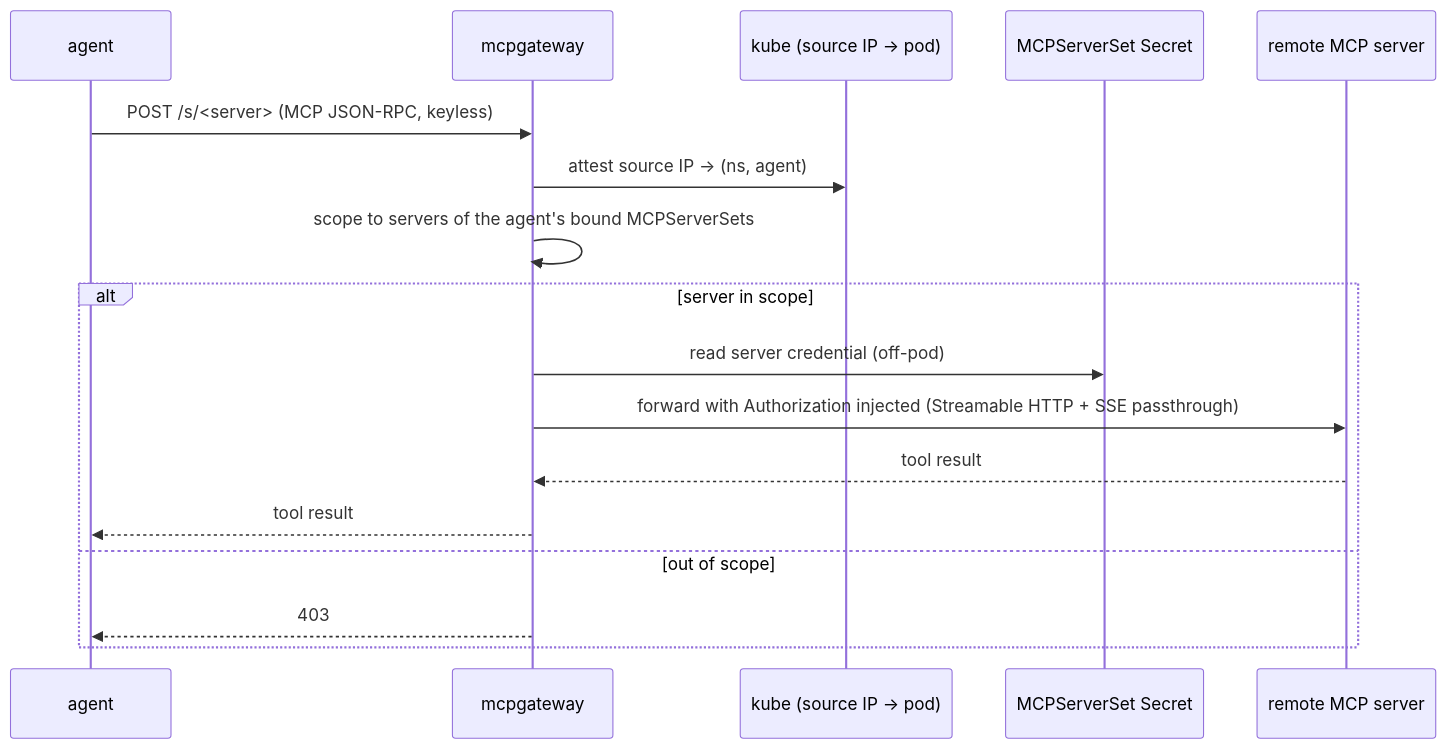
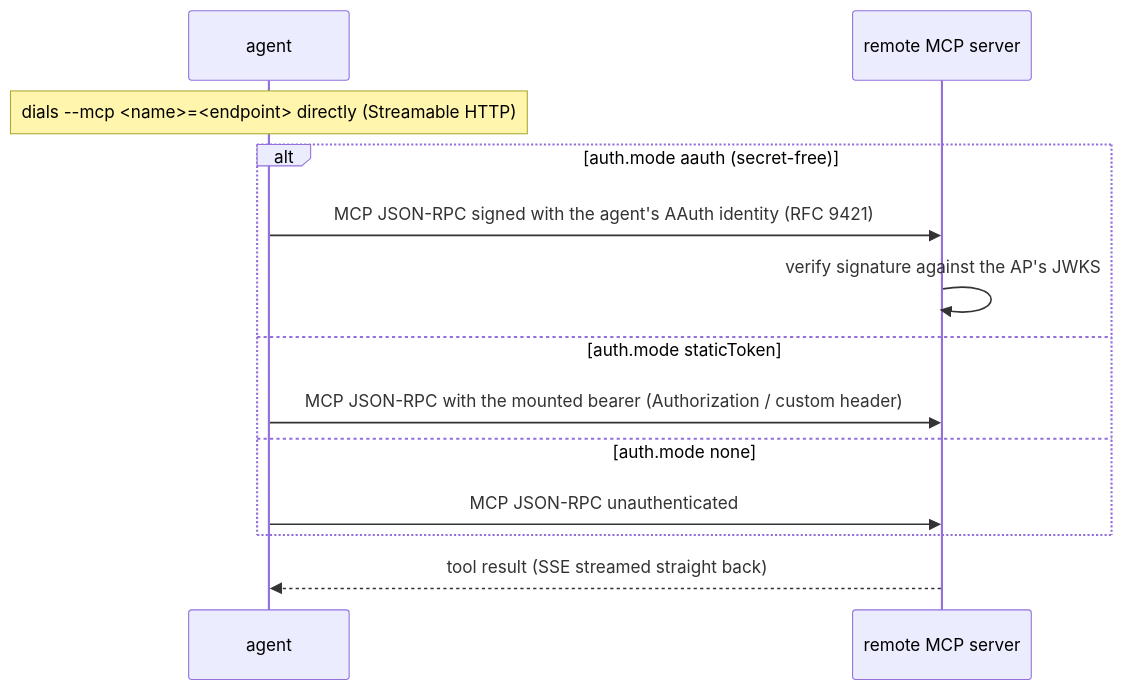
Before and after one commit to AgentCTL-dev/source-code: the fifth of 8 diagrams in docs/architecture.md, drawn with Mermaid. The commit also changed other lines of this file and 105 other files, not shown here.

````diff
--- a/docs/architecture.md
+++ b/docs/architecture.md
@@ -546,19 +518,15 @@
 ```mermaid
 sequenceDiagram
   participant AG as agent
-  participant MCP as mcpgateway
-  participant KW as kube (source IP → pod)
-  participant SEC as MCPServerSet Secret
   participant SRV as remote MCP server
-  AG->>MCP: POST /s/<server> (MCP JSON-RPC, keyless)
-  MCP->>KW: attest source IP → (ns, agent)
-  MCP->>MCP: scope to servers of the agent's bound MCPServerSets
-  alt server in scope
-    MCP->>SEC: read server credential (off-pod)
-    MCP->>SRV: forward with Authorization injected (Streamable HTTP + SSE passthrough)
-    SRV-->>MCP: tool result
-    MCP-->>AG: tool result
-  else out of scope
-    MCP-->>AG: 403
+  Note over AG: dials --mcp <name>=<endpoint> directly (Streamable HTTP)
+  alt auth.mode aauth (secret-free)
+    AG->>SRV: MCP JSON-RPC signed with the agent's AAuth identity (RFC 9421)
+    SRV->>SRV: verify signature against the AP's JWKS
+  else auth.mode staticToken
+    AG->>SRV: MCP JSON-RPC with the mounted bearer (Authorization / custom header)
+  else auth.mode none
+    AG->>SRV: MCP JSON-RPC unauthenticated
   end
+  SRV-->>AG: tool result (SSE streamed straight back)
 ```
````
